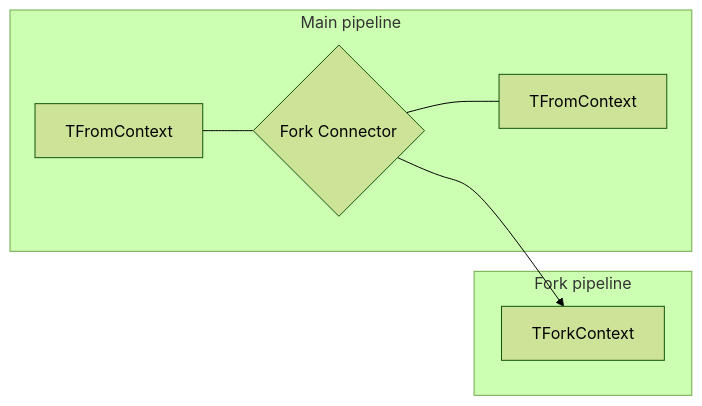
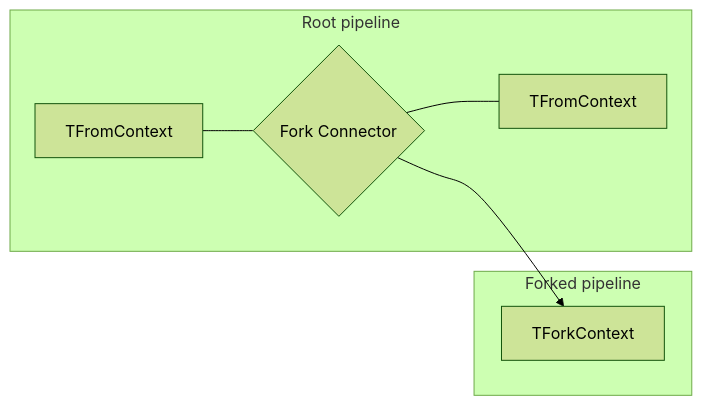
The first of 2 diagrams in nservicebus/pipeline/steps-stages-connectors_connectors_core_[6.0,).partial.md (Particular/docs.particular.net), drawn with Mermaid (forest theme) before and after one commit. The commit also changed other lines of this file and 1 other file, not shown here.

````diff
--- a/nservicebus/pipeline/steps-stages-connectors_connectors_core_[6.0,).partial.md
+++ b/nservicebus/pipeline/steps-stages-connectors_connectors_core_[6.0,).partial.md
@@ -18,10 +9,10 @@
 ```mermaid
 graph LR
-subgraph Main pipeline
+subgraph Root pipeline
     A[TFromContext] --- B{Fork Connector}
     B --- C[TFromContext]
 end
-subgraph Fork pipeline
+subgraph Forked pipeline
    B --> D[TForkContext]
 end
 ```
````
